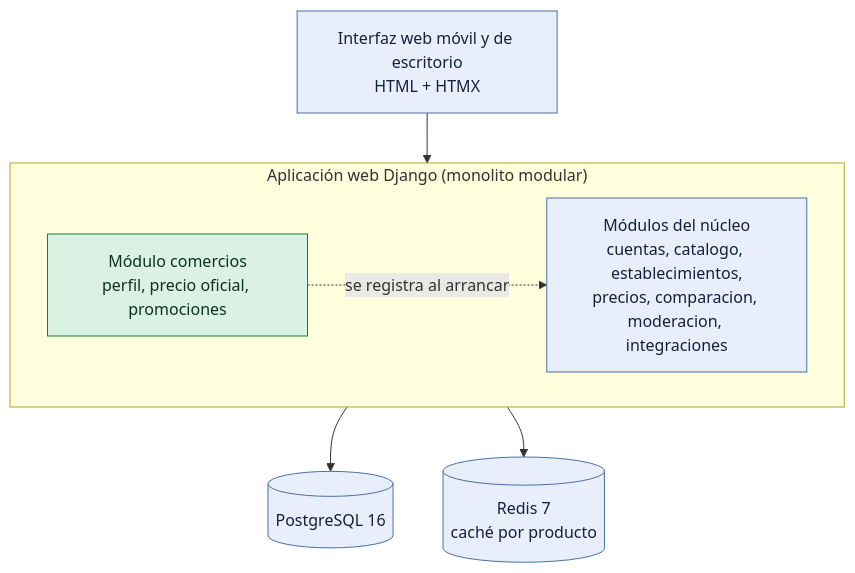
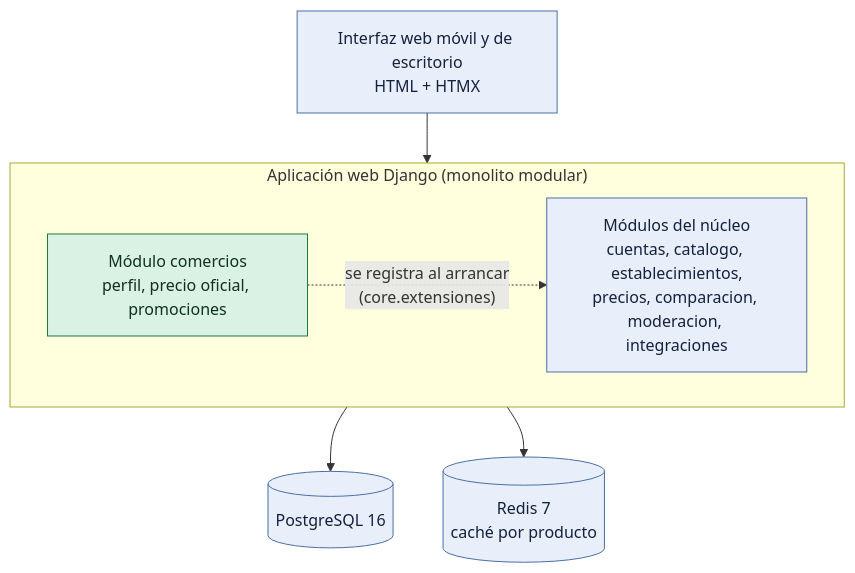
The second of 3 diagrams in docs/arquitectura/c4/v2-modulo-comercial.md (xiomaraocampoh/plataforma-precios-quindio), drawn with Mermaid before and after one commit. The commit also changed other lines of this file and 4 other files, not shown here.

````diff
--- a/docs/arquitectura/c4/v2-modulo-comercial.md
+++ b/docs/arquitectura/c4/v2-modulo-comercial.md
@@ -46,20 +47,20 @@
 ```mermaid
 flowchart TB
     navegador["Interfaz web móvil y de escritorio<br/>HTML + HTMX"]
     subgraph app ["Aplicación web Django (monolito modular)"]
         nucleo["Módulos del núcleo<br/>cuentas, catalogo, establecimientos,<br/>precios, comparacion, moderacion, integraciones"]
         comercios["Módulo comercios<br/>perfil, precio oficial, promociones"]
     end
     bd[("PostgreSQL 16")]
     cache[("Redis 7<br/>caché por producto")]
 
     navegador --> app
-    comercios -.->|"se registra al arrancar"| nucleo
+    comercios -.->|"se registra al arrancar<br/>(core.extensiones)"| nucleo
     app --> bd
     app --> cache
 
     classDef nuevo fill:#d9f2e3,stroke:#1c7a3d,color:#10311d
     classDef base fill:#e8effb,stroke:#4a6fa5,color:#14213d
     class comercios nuevo
     class navegador,nucleo,bd,cache base
 ```
````
